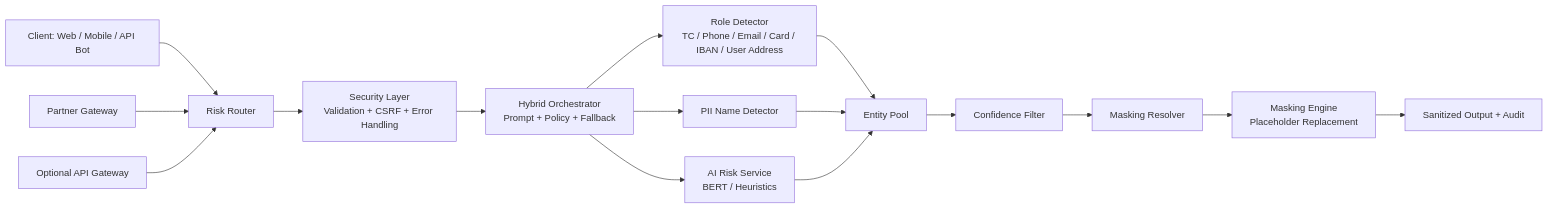
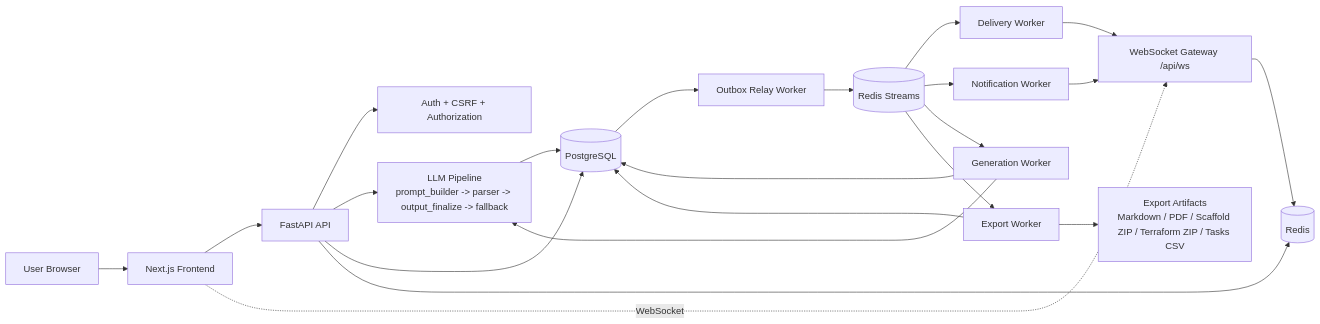
The diagram in README.md (ardamoustafa1/SystemForge-AI), drawn with Mermaid before and after one commit. The commit also changed other lines of this file and 1 other file, not shown here.

Commit message:
docs: align architecture diagrams with actual system topology
Update Turkish and English README architecture sections to reflect the real SystemForge service flow across frontend, API, websocket gateway, Redis streams, workers, and export pipeline.

Made-with: Cursor

````diff
--- a/README.md
+++ b/README.md
@@ -82,22 +82,29 @@
 ```mermaid
 flowchart LR
-    C1[Client: Web / Mobile / API Bot] --> R1[Risk Router]
-    C2[Partner Gateway] --> R1
-    C3[Optional API Gateway] --> R1
+    U[User Browser] --> F[Next.js Frontend]
+    F --> A[FastAPI API]
+    F -. WebSocket .-> WS[WebSocket Gateway /api/ws]
 
-    R1 --> S1[Security Layer<br/>Validation + CSRF + Error Handling]
-    S1 --> O1[Hybrid Orchestrator<br/>Prompt + Policy + Fallback]
+    A --> AUTH[Auth + CSRF + Authorization]
+    A --> LLM[LLM Pipeline<br/>prompt_builder -> parser -> output_finalize -> fallback]
+    A --> DB[(PostgreSQL)]
+    A --> R[(Redis)]
 
-    O1 --> D1[Role Detector<br/>TC / Phone / Email / Card / IBAN / User Address]
-    O1 --> D2[PII Name Detector]
-    O1 --> D3[AI Risk Service<br/>BERT / Heuristics]
+    LLM --> DB
+    WS --> R
 
-    D1 --> E1[Entity Pool]
-    D2 --> E1
-    D3 --> E1
+    DB --> OX[Outbox Relay Worker]
+    OX --> RS[(Redis Streams)]
+    RS --> DW[Delivery Worker]
+    RS --> NW[Notification Worker]
+    RS --> GW[Generation Worker]
+    RS --> EW[Export Worker]
 
-    E1 --> F1[Confidence Filter]
-    F1 --> M1[Masking Resolver]
-    M1 --> M2[Masking Engine<br/>Placeholder Replacement]
-    M2 --> O2[Sanitized Output + Audit]
+    GW --> LLM
+    GW --> DB
+    EW --> DB
+    EW --> X[Export Artifacts<br/>Markdown / PDF / Scaffold ZIP / Terraform ZIP / Tasks CSV]
+
+    DW --> WS
+    NW --> WS
 ```
````
